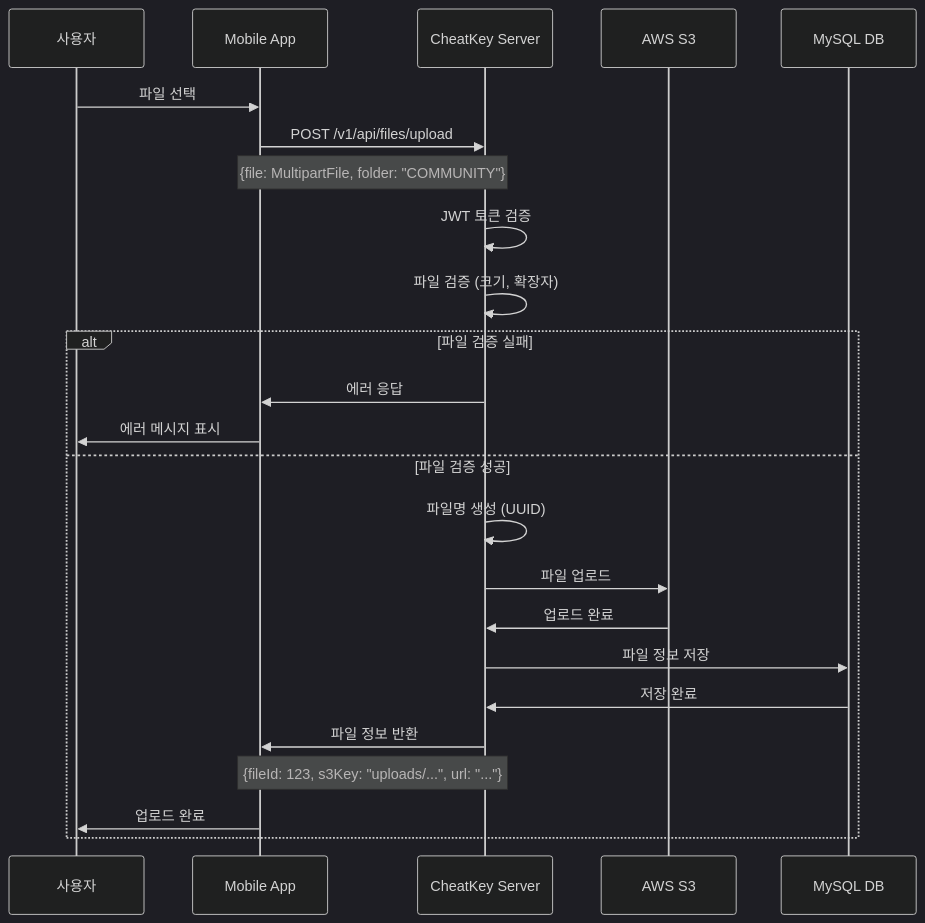
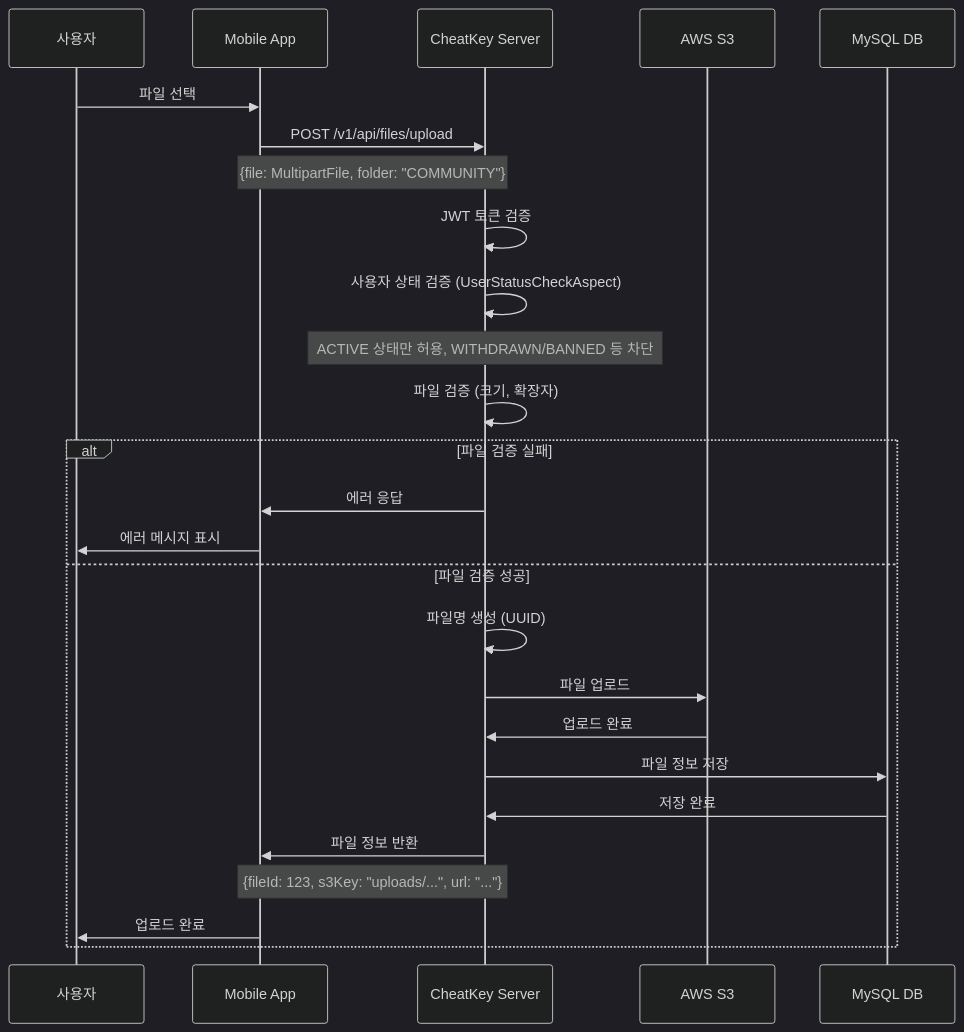
The sixth of 10 diagrams in docs/flows/sequence.md (Central-MakeUs/CheatKey-Server), drawn with Mermaid (dark theme) before and after one commit. The commit also changed other lines of this file and 6 other files, not shown here.

````diff
--- a/docs/flows/sequence.md
+++ b/docs/flows/sequence.md
@@ -175,31 +210,33 @@
 ```mermaid
 sequenceDiagram
     participant U as 사용자
     participant App as Mobile App
     participant Server as CheatKey Server
     participant S3 as AWS S3
     participant DB as MySQL DB
     
     U->>App: 파일 선택
     App->>Server: POST /v1/api/files/upload
     Note over App,Server: {file: MultipartFile, folder: "COMMUNITY"}
     
     Server->>Server: JWT 토큰 검증
+    Server->>Server: 사용자 상태 검증 (UserStatusCheckAspect)
+    Note over Server: ACTIVE 상태만 허용, WITHDRAWN/BANNED 등 차단
     Server->>Server: 파일 검증 (크기, 확장자)
     
     alt 파일 검증 실패
         Server->>App: 에러 응답
         App->>U: 에러 메시지 표시
     else 파일 검증 성공
         Server->>Server: 파일명 생성 (UUID)
         Server->>S3: 파일 업로드
         S3->>Server: 업로드 완료
         
         Server->>DB: 파일 정보 저장
         DB->>Server: 저장 완료
         
         Server->>App: 파일 정보 반환
         Note over Server,App: {fileId: 123, s3Key: "uploads/...", url: "..."}
         App->>U: 업로드 완료
     end
 ```
````
